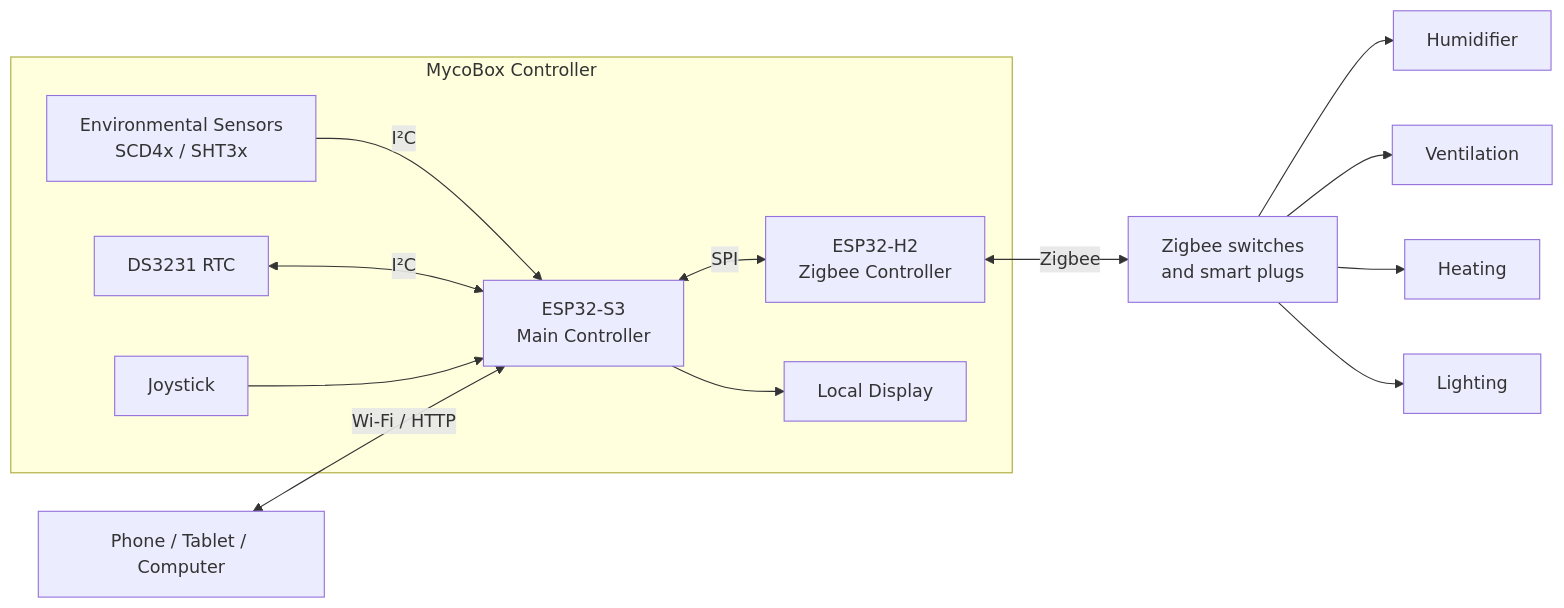
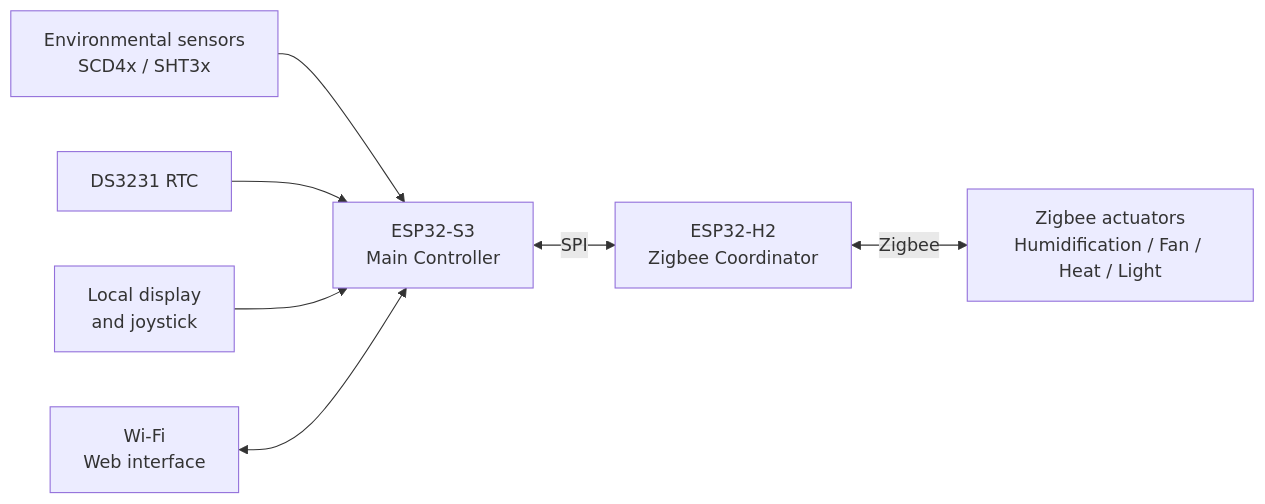
Before and after one commit to Moffefe/MycoBox: the diagram in docs/hardware-overview.md, drawn with Mermaid. The commit also changed other lines of this file, not shown here.

````diff
--- a/docs/hardware-overview.md
+++ b/docs/hardware-overview.md
@@ -17,30 +13,25 @@
 ```mermaid
 flowchart LR
-    USER["Phone / Tablet / Computer"]
+    SENSOR["Environmental sensors<br>SCD4x / SHT3x"]
 
-    subgraph MYCOBOX["MycoBox Controller"]
-        S3["ESP32-S3\nMain Controller"]
-        H2["ESP32-H2\nZigbee Controller"]
+    RTC["DS3231 RTC"]
 
-        SENSOR["Environmental Sensors\nSCD4x / SHT3x"]
-        RTC["DS3231 RTC"]
-        DISPLAY["Local Display"]
-        JOYSTICK["Joystick"]
+    S3["ESP32-S3<br>Main Controller"]
 
-        SENSOR -->|I²C| S3
-        RTC <-->|I²C| S3
-        S3 --> DISPLAY
-        JOYSTICK --> S3
+    DISPLAY["Local display<br>and joystick"]
 
-        S3 <-->|SPI| H2
-    end
+    WIFI["Wi-Fi<br>Web interface"]
 
-    USER <-->|Wi-Fi / HTTP| S3
+    H2["ESP32-H2<br>Zigbee Coordinator"]
 
-    H2 <-->|Zigbee| PLUGS["Zigbee switches\nand smart plugs"]
+    ACTUATORS["Zigbee actuators<br>Humidification / Fan / Heat / Light"]
 
-    PLUGS --> HUM["Humidifier"]
-    PLUGS --> FAN["Ventilation"]
-    PLUGS --> HEAT["Heating"]
-    PLUGS --> LIGHT["Lighting"]
+    SENSOR --> S3
+    RTC --> S3
+    DISPLAY --> S3
+    WIFI <--> S3
+
+    S3 <-->|SPI| H2
+
+    H2 <-->|Zigbee| ACTUATORS
 ```
````
